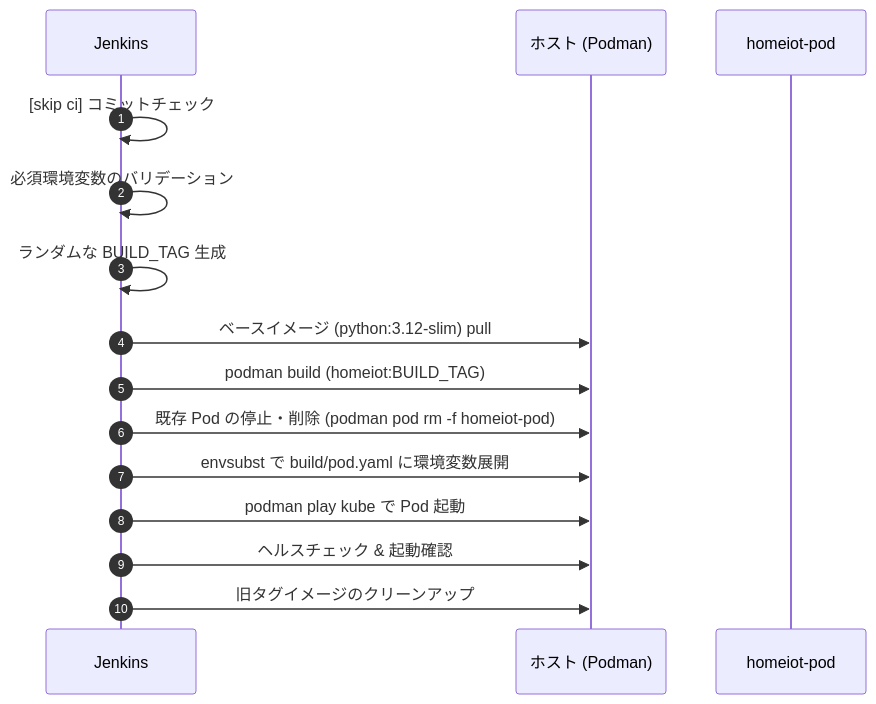
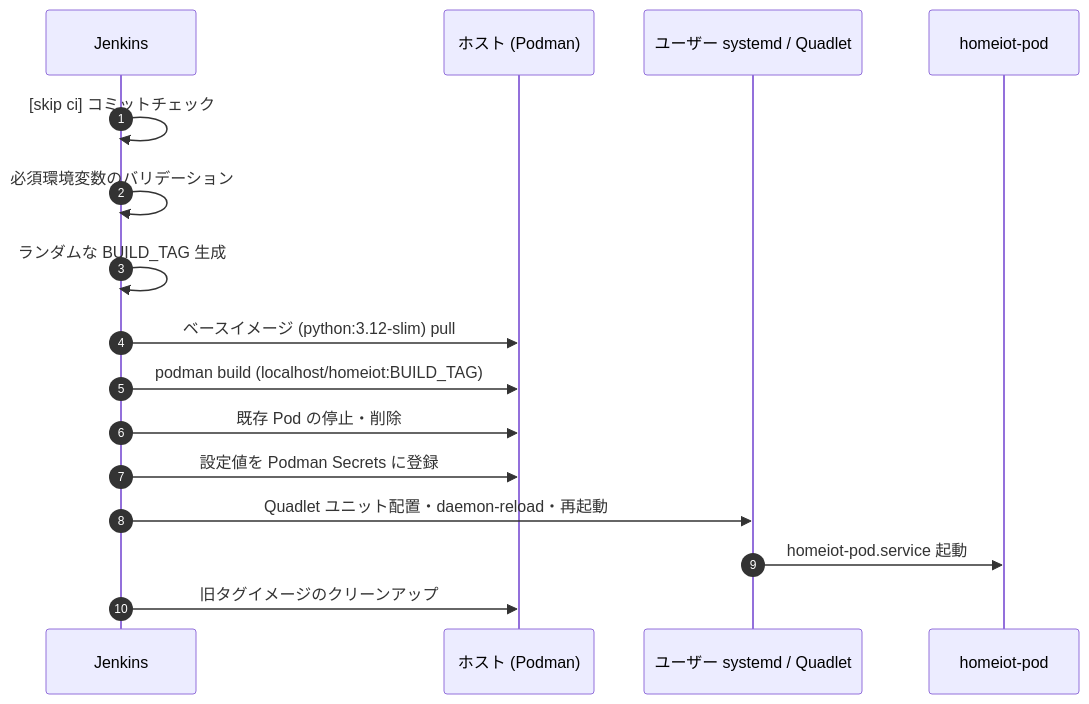
Before and after one commit to tMorriss/HomeIotManager: the second of 2 diagrams in docs/architecture.md, drawn with Mermaid. The commit also changed other lines of this file and 7 other files, not shown here.

````diff
--- a/docs/architecture.md
+++ b/docs/architecture.md
@@ -191,18 +190,19 @@
 ```mermaid
 sequenceDiagram
     autonumber
     participant Jenkins as Jenkins
     participant Host as ホスト (Podman)
+    participant Systemd as ユーザー systemd / Quadlet
     participant Pod as homeiot-pod
 
     Jenkins->>Jenkins: [skip ci] コミットチェック
     Jenkins->>Jenkins: 必須環境変数のバリデーション
     Jenkins->>Jenkins: ランダムな BUILD_TAG 生成
     Jenkins->>Host: ベースイメージ (python:3.12-slim) pull
-    Jenkins->>Host: podman build (homeiot:BUILD_TAG)
-    Jenkins->>Host: 既存 Pod の停止・削除 (podman pod rm -f homeiot-pod)
-    Jenkins->>Host: envsubst で build/pod.yaml に環境変数展開
-    Jenkins->>Host: podman play kube で Pod 起動
-    Jenkins->>Host: ヘルスチェック & 起動確認
+    Jenkins->>Host: podman build (localhost/homeiot:BUILD_TAG)
+    Jenkins->>Host: 既存 Pod の停止・削除
+    Jenkins->>Host: 設定値を Podman Secrets に登録
+    Jenkins->>Systemd: Quadlet ユニット配置・daemon-reload・再起動
+    Systemd->>Pod: homeiot-pod.service 起動
     Jenkins->>Host: 旧タグイメージのクリーンアップ
 ```
````
